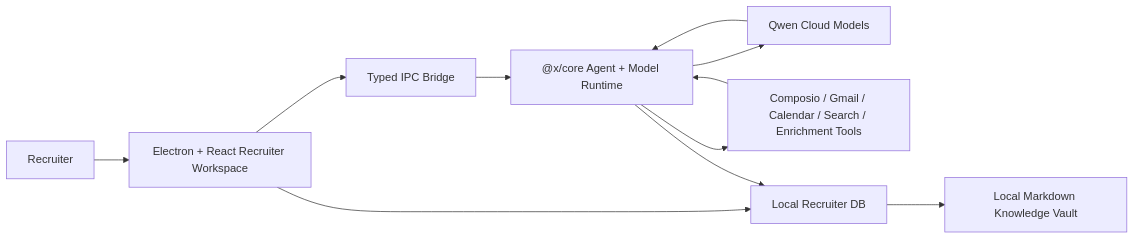
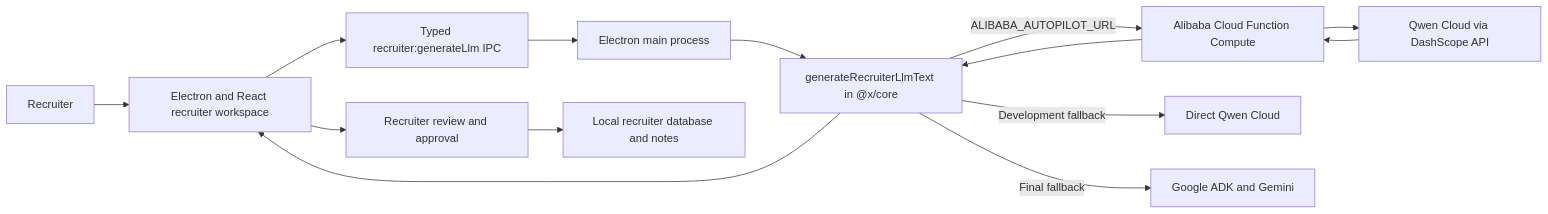
One commit to mylife-as-miles/Jobraker-Recruiters changed the diagram in HACKATHON_TRACK4_AUTOPILOT.md. Above: the diagram before and after it, drawn with Mermaid. The commit also changed other lines of this file, not shown here.

Commit message:
docs: align Track 4 submission with Function Compute

````diff
--- a/HACKATHON_TRACK4_AUTOPILOT.md
+++ b/HACKATHON_TRACK4_AUTOPILOT.md
@@ -115,13 +27,16 @@
 ```mermaid
 flowchart LR
-  Recruiter["Recruiter"] --> UI["Electron + React Recruiter Workspace"]
-  UI --> IPC["Typed IPC Bridge"]
-  IPC --> Core["@x/core Agent + Model Runtime"]
-  Core --> Qwen["Qwen Cloud Models"]
-  Core --> Tools["Composio / Gmail / Calendar / Search / Enrichment Tools"]
-  UI --> LocalDb["Local Recruiter DB"]
-  LocalDb --> Vault["Local Markdown Knowledge Vault"]
-  Core --> LocalDb
-  Tools --> Core
-  Qwen --> Core
+  Recruiter[Recruiter] --> UI[Electron and React recruiter workspace]
+  UI --> IPC[Typed recruiter:generateLlm IPC]
+  IPC --> Main[Electron main process]
+  Main --> Core[generateRecruiterLlmText in @x/core]
+  Core -->|ALIBABA_AUTOPILOT_URL| FC[Alibaba Cloud Function Compute]
+  FC --> Qwen[Qwen Cloud via DashScope API]
+  Qwen --> FC
+  FC --> Core
+  Core --> UI
+  UI --> Review[Recruiter review and approval]
+  Review --> LocalDb[Local recruiter database and notes]
+  Core -->|Development fallback| DirectQwen[Direct Qwen Cloud]
+  Core -->|Final fallback| Gemini[Google ADK and Gemini]
 ```
````
